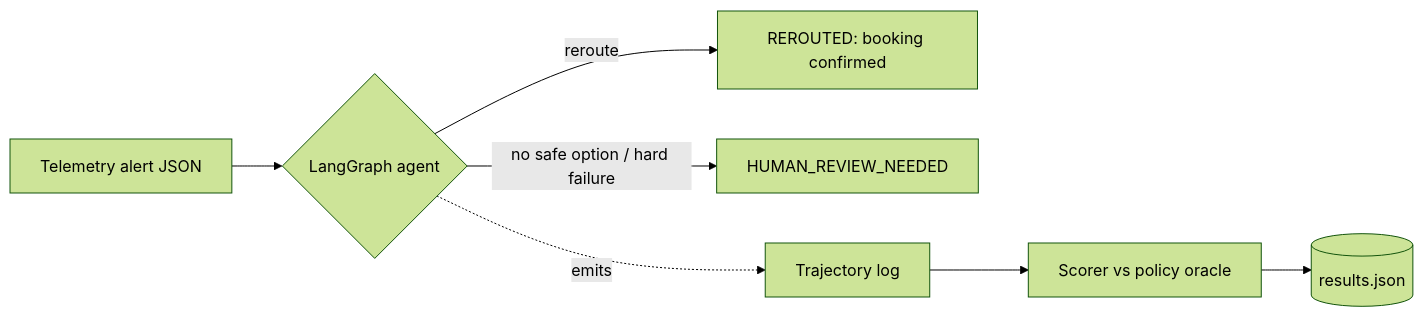
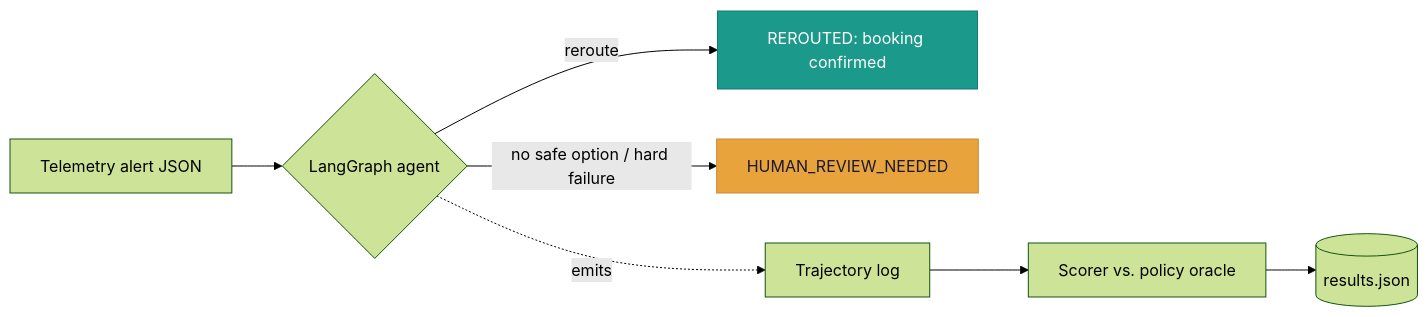
The first of 6 diagrams in docs/technical_documentation.md (San7122/triluxo-carrier-rerouting), drawn with Mermaid (forest theme) before and after one commit. The commit also changed other lines of this file, not shown here.

````diff
--- a/docs/technical_documentation.md
+++ b/docs/technical_documentation.md
@@ -127,9 +123,13 @@
 ```mermaid
 flowchart LR
     A[Telemetry alert JSON] --> G{LangGraph agent}
     G -->|reroute| R[REROUTED: booking confirmed]
     G -->|no safe option / hard failure| H[HUMAN_REVIEW_NEEDED]
     G -.emits.-> T[Trajectory log]
-    T --> S[Scorer vs policy oracle]
+    T --> S[Scorer vs. policy oracle]
     S --> J[(results.json)]
+    classDef safe fill:#1B998B,color:#fff,stroke:#127a6e;
+    classDef warn fill:#E8A33D,color:#1A1A2E,stroke:#c98a2f;
+    class R safe;
+    class H warn;
 ```
````
